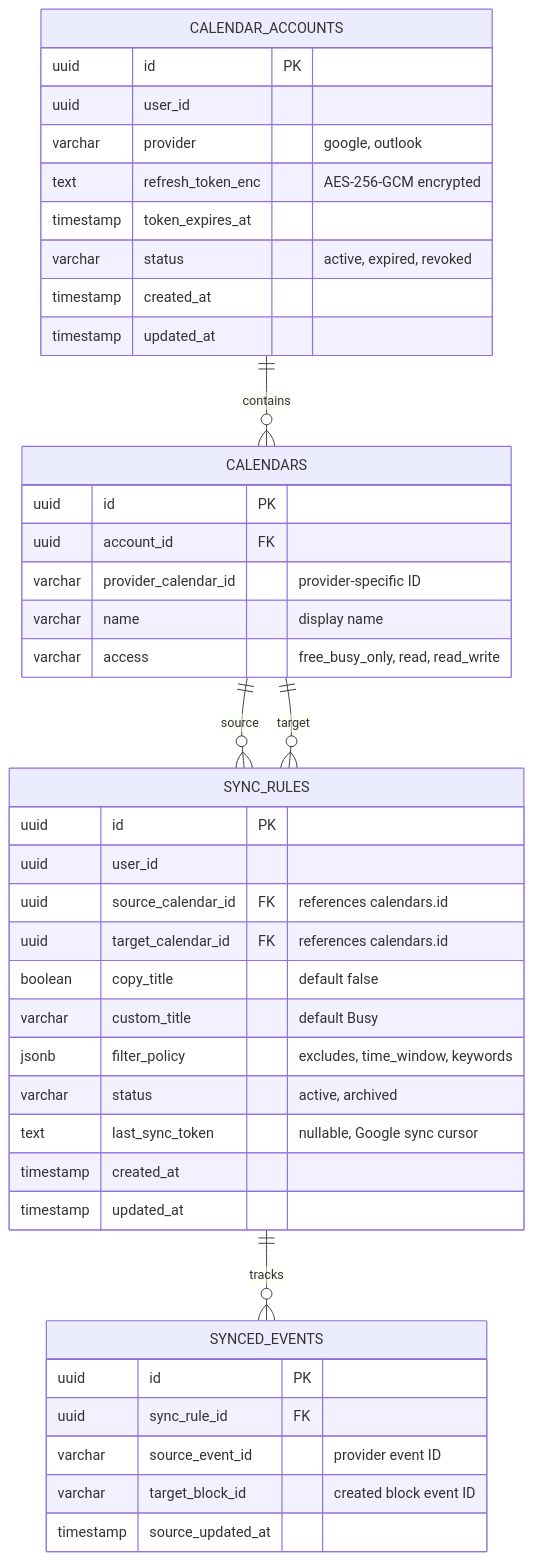
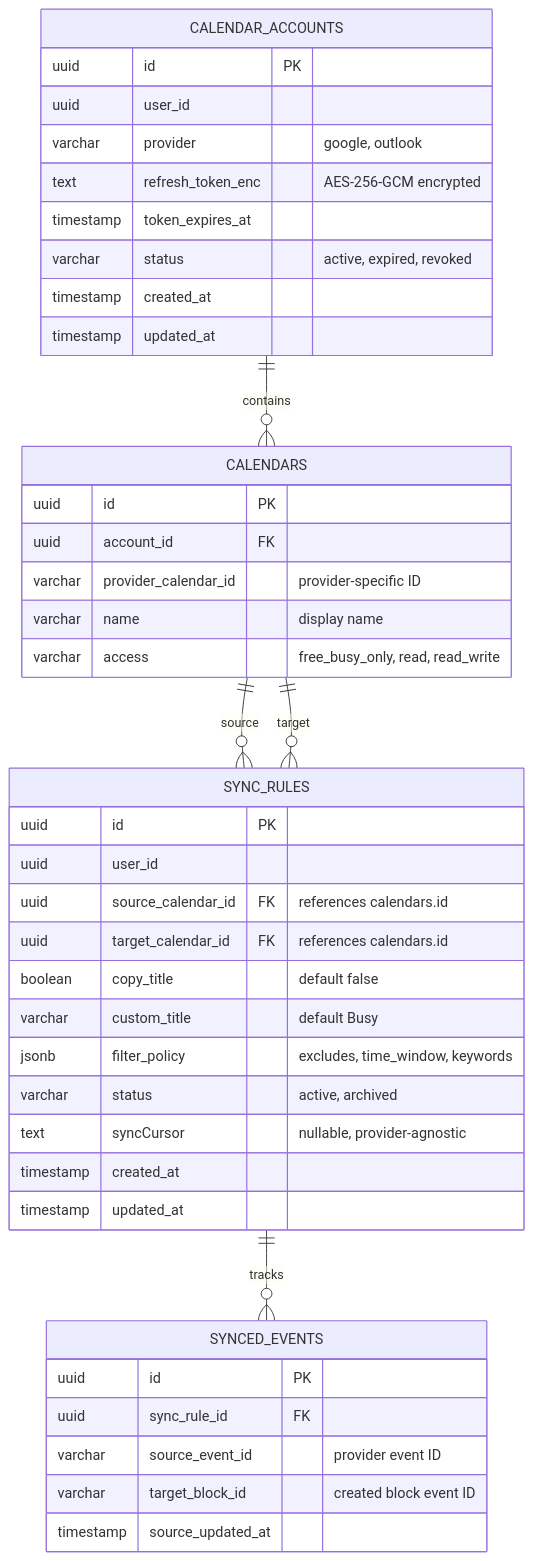
Before and after one commit to iravelmakina/syncify: the diagram in docs/diagrams/entity-relationship.mmd, drawn with Mermaid. The commit also changed 2 other files, not shown here.

Commit message:
docs: syncToken -> syncCursor

```diff
--- a/docs/diagrams/entity-relationship.mmd
+++ b/docs/diagrams/entity-relationship.mmd
@@ -1,46 +1,46 @@
 erDiagram
     CALENDAR_ACCOUNTS {
         uuid id PK
         uuid user_id
         varchar provider "google, outlook"
         text refresh_token_enc "AES-256-GCM encrypted"
         timestamp token_expires_at
         varchar status "active, expired, revoked"
         timestamp created_at
         timestamp updated_at
     }
 
     CALENDARS {
         uuid id PK
         uuid account_id FK
         varchar provider_calendar_id "provider-specific ID"
         varchar name "display name"
         varchar access "free_busy_only, read, read_write"
     }
 
     SYNC_RULES {
         uuid id PK
         uuid user_id
         uuid source_calendar_id FK "references calendars.id"
         uuid target_calendar_id FK "references calendars.id"
         boolean copy_title "default false"
         varchar custom_title "default Busy"
         jsonb filter_policy "excludes, time_window, keywords"
         varchar status "active, archived"
-        text last_sync_token "nullable, Google sync cursor"
+        text syncCursor "nullable, provider-agnostic"
         timestamp created_at
         timestamp updated_at
     }
 
     SYNCED_EVENTS {
         uuid id PK
         uuid sync_rule_id FK
         varchar source_event_id "provider event ID"
         varchar target_block_id "created block event ID"
         timestamp source_updated_at
     }
 
     CALENDAR_ACCOUNTS ||--o{ CALENDARS : "contains"
     CALENDARS ||--o{ SYNC_RULES : "source"
     CALENDARS ||--o{ SYNC_RULES : "target"
     SYNC_RULES ||--o{ SYNCED_EVENTS : "tracks"
```
